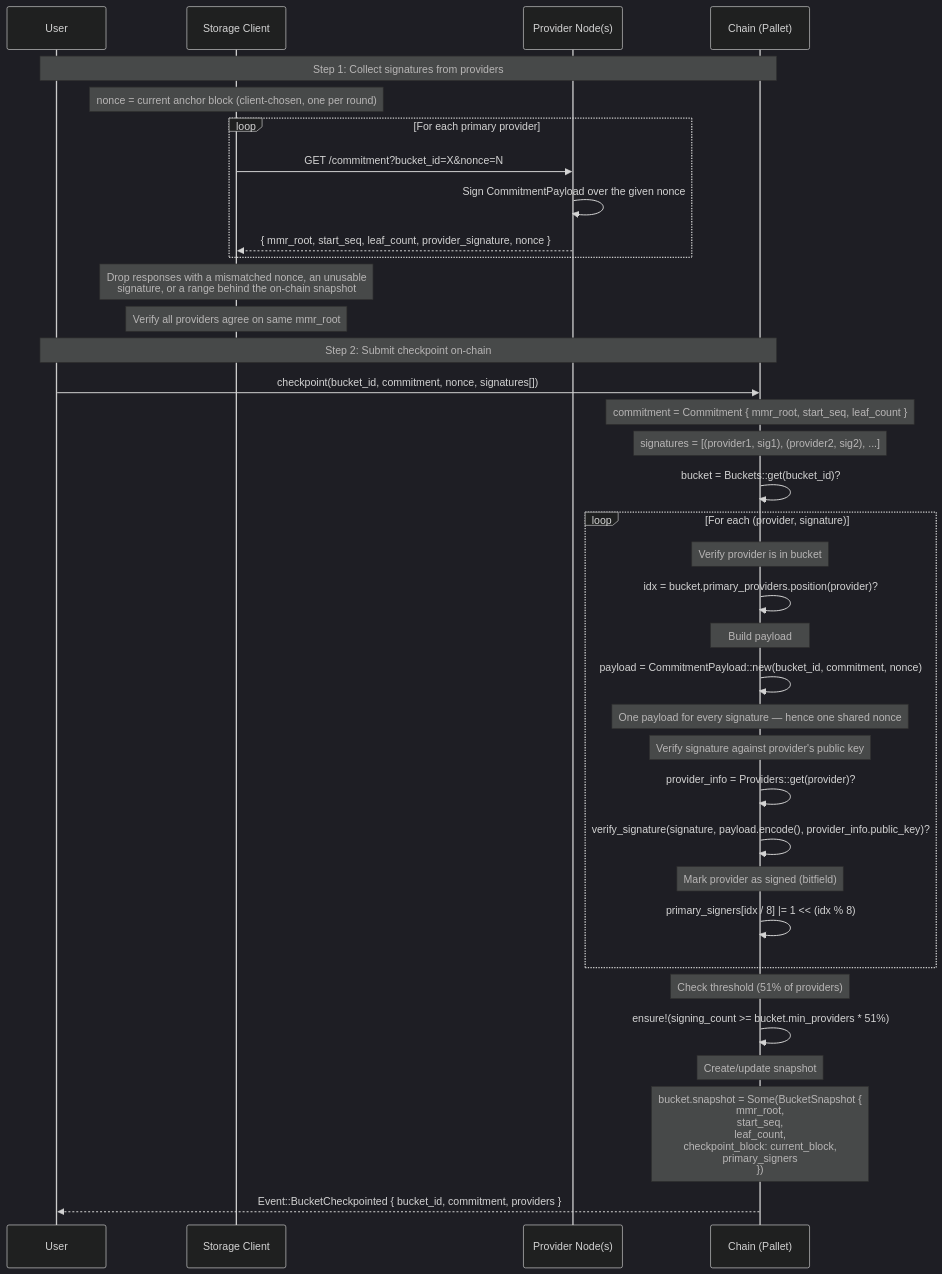
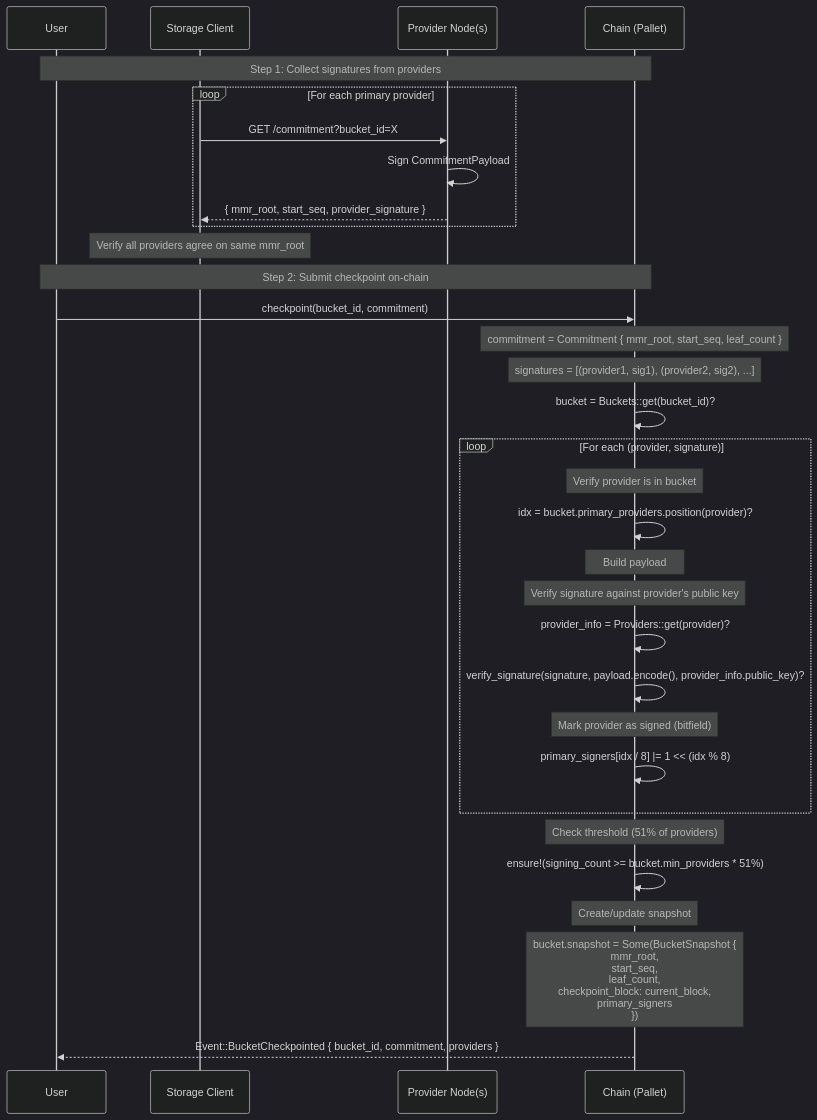
One commit to paritytech/web3-storage changed the seventh of 13 diagrams in docs/reference/EXECUTION_FLOWS.md. Above: the diagram before and after it, drawn with Mermaid (dark theme).

Commit message:
docs: revert checkpoint nonce details in EXECUTION_FLOWS
- Drop the nonce from the GET /commitment request and response in the checkpoint sequence diagram
- Drop the nonce and signatures[] arguments from the documented checkpoint extrinsic call
- Remove the CommitmentPayload::new build step and the response-filtering note

````diff
--- a/docs/reference/EXECUTION_FLOWS.md
+++ b/docs/reference/EXECUTION_FLOWS.md
@@ -311,55 +311,49 @@
 ```mermaid
 sequenceDiagram
     participant U as User
     participant SC as Storage Client
     participant PN as Provider Node(s)
     participant C as Chain (Pallet)
 
     Note over U,C: Step 1: Collect signatures from providers
 
-    Note over SC: nonce = current anchor block (client-chosen, one per round)
-
     loop For each primary provider
-        SC->>PN: GET /commitment?bucket_id=X&nonce=N
-        PN->>PN: Sign CommitmentPayload over the given nonce
-        PN-->>SC: { mmr_root, start_seq, leaf_count, provider_signature, nonce }
+        SC->>PN: GET /commitment?bucket_id=X
+        PN->>PN: Sign CommitmentPayload
+        PN-->>SC: { mmr_root, start_seq, provider_signature }
     end
 
-    Note over SC: Drop responses with a mismatched nonce, an unusable<br/>signature, or a range behind the on-chain snapshot
     Note over SC: Verify all providers agree on same mmr_root
 
     Note over U,C: Step 2: Submit checkpoint on-chain
 
-    U->>C: checkpoint(bucket_id, commitment, nonce, signatures[])
+    U->>C: checkpoint(bucket_id, commitment)
 
     Note over C: commitment = Commitment { mmr_root, start_seq, leaf_count }
 
     Note over C: signatures = [(provider1, sig1), (provider2, sig2), ...]
 
     C->>C: bucket = Buckets::get(bucket_id)?
 
     loop For each (provider, signature)
         Note over C: Verify provider is in bucket
         C->>C: idx = bucket.primary_providers.position(provider)?
 
         Note over C: Build payload
-        C->>C: payload = CommitmentPayload::new(bucket_id, commitment, nonce)
-
-        Note over C: One payload for every signature — hence one shared nonce
 
         Note over C: Verify signature against provider's public key
         C->>C: provider_info = Providers::get(provider)?
         C->>C: verify_signature(signature, payload.encode(), provider_info.public_key)?
 
         Note over C: Mark provider as signed (bitfield)
         C->>C: primary_signers[idx / 8] |= 1 << (idx % 8)
     end
 
     Note over C: Check threshold (51% of providers)
     C->>C: ensure!(signing_count >= bucket.min_providers * 51%)
 
     Note over C: Create/update snapshot
     Note over C: bucket.snapshot = Some(BucketSnapshot {<br/> mmr_root,<br/> start_seq,<br/> leaf_count,<br/> checkpoint_block: current_block,<br/> primary_signers<br/>})
 
     C-->>U: Event::BucketCheckpointed { bucket_id, commitment, providers }
 ```
````
